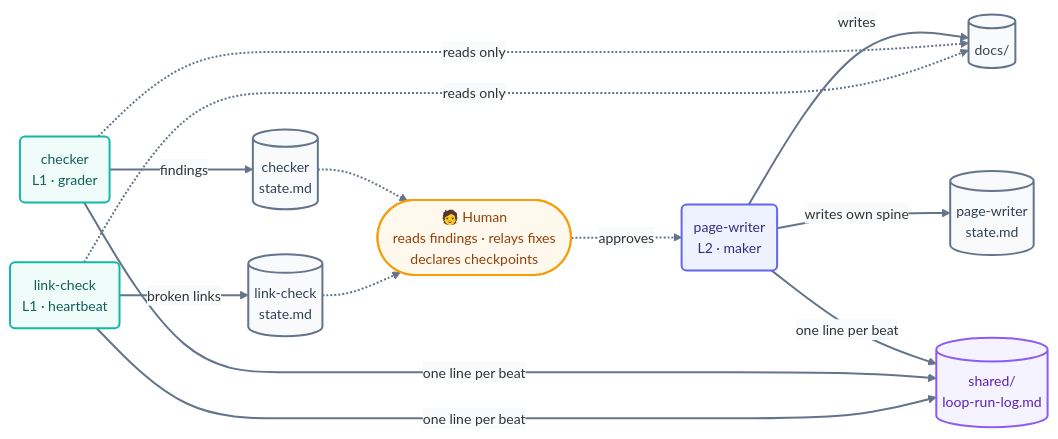
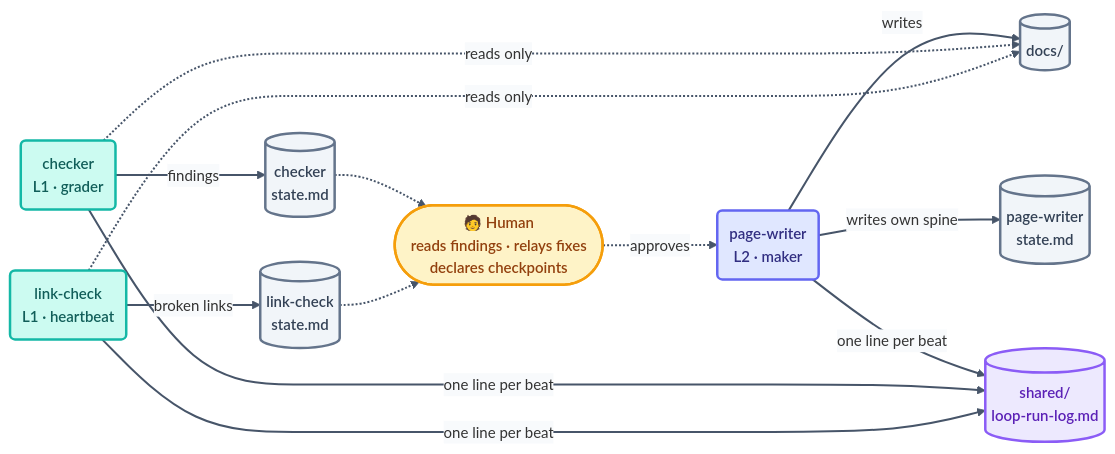
One commit to ayeshakhalid192007-dev/LoopEngineering-CrashCourse changed the diagram in LOOP.md. Above: the diagram before and after it, drawn with Mermaid. The commit also changed 66 other files, not shown here.

First line of the commit message:
docs(diagrams): visibly bolder pass — deeper fills, heavier strokes, semibold labels

````diff
--- a/LOOP.md
+++ b/LOOP.md
@@ -27,21 +27,21 @@
 ```mermaid
-%%{init: {'theme':'base','themeVariables':{'fontFamily':'ui-sans-serif, system-ui, sans-serif','fontSize':'14px','lineColor':'#64748b','edgeLabelBackground':'#f8fafc'},'flowchart':{'curve':'basis','nodeSpacing':45,'rankSpacing':55,'padding':12}}}%%
+%%{init: {'theme':'base','themeVariables':{'fontFamily':'ui-sans-serif, system-ui, sans-serif','fontSize':'15px','lineColor':'#475569','edgeLabelBackground':'#f8fafc'},'flowchart':{'curve':'basis','nodeSpacing':45,'rankSpacing':55,'padding':12}}}%%
 flowchart LR
     PW("page-writer<br/>L2 · maker"):::maker -->|writes| DOCS[("docs/")]:::file
     PW -->|writes own spine| PWS[("page-writer<br/>state.md")]:::file
     CK("checker<br/>L1 · grader"):::check -.->|reads only| DOCS
     CK -->|findings| CKS[("checker<br/>state.md")]:::file
     LC("link-check<br/>L1 · heartbeat"):::check -.->|reads only| DOCS
     LC -->|broken links| LCS[("link-check<br/>state.md")]:::file
     PW & CK & LC -->|one line per beat| LOG[("shared/<br/>loop-run-log.md")]:::log
     H(["🧑 Human<br/>reads findings · relays fixes<br/>declares checkpoints"]):::human
     CKS -.-> H
     LCS -.-> H
     H -.->|approves| PW
-    linkStyle default stroke:#64748b,stroke-width:2px;
-    classDef maker fill:#eef2ff,stroke:#6366f1,stroke-width:2px,color:#312e81;
-    classDef check fill:#effcf9,stroke:#14b8a6,stroke-width:2px,color:#115e59;
-    classDef file fill:#f8fafc,stroke:#64748b,stroke-width:2px,color:#334155;
-    classDef log fill:#f5f3ff,stroke:#8b5cf6,stroke-width:2px,color:#5b21b6;
-    classDef human fill:#fef9ec,stroke:#f59e0b,stroke-width:2px,color:#92400e;
+    linkStyle default stroke:#475569,stroke-width:2px;
+    classDef maker fill:#e0e7ff,stroke:#6366f1,stroke-width:2.5px,color:#312e81,font-weight:600;
+    classDef check fill:#ccfbf1,stroke:#14b8a6,stroke-width:2.5px,color:#115e59,font-weight:600;
+    classDef file fill:#f1f5f9,stroke:#64748b,stroke-width:2.5px,color:#334155,font-weight:600;
+    classDef log fill:#ede9fe,stroke:#8b5cf6,stroke-width:2.5px,color:#5b21b6,font-weight:600;
+    classDef human fill:#fef3c7,stroke:#f59e0b,stroke-width:2.5px,color:#92400e,font-weight:600;
 ```
````
